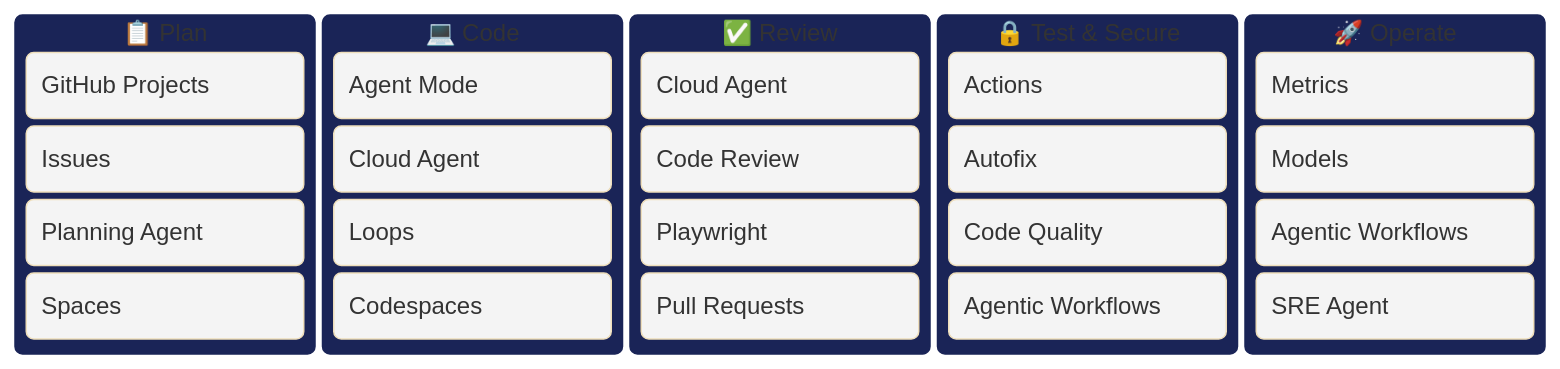
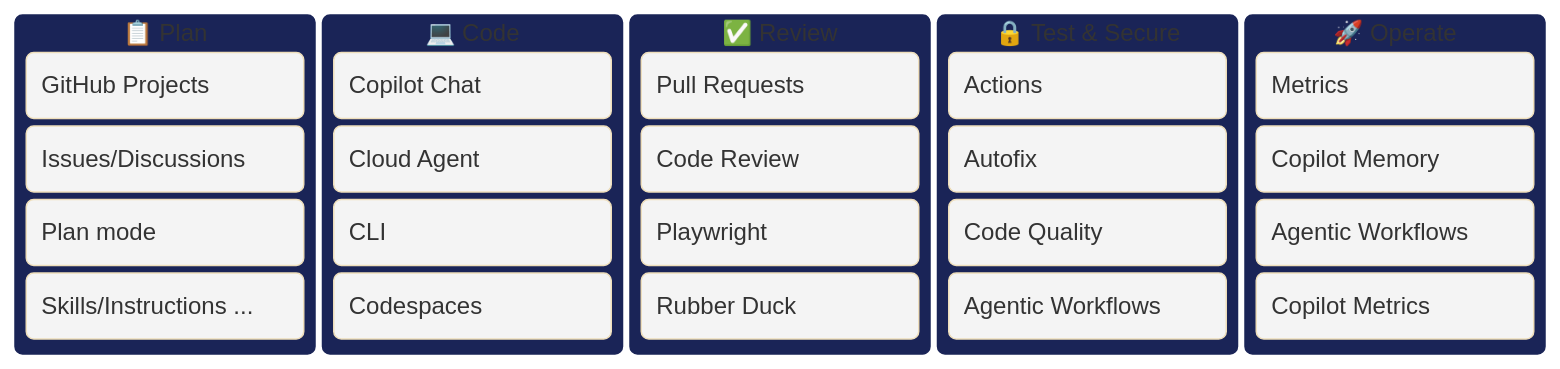
The second of 3 diagrams in src/content/glossary/github.md (theomonfort/theomonfort), drawn with Mermaid before and after one commit. The commit also changed other lines of this file and 3 other files, not shown here.

````diff
--- a/src/content/glossary/github.md
+++ b/src/content/glossary/github.md
@@ -55,29 +53,29 @@
 ```mermaid
 %%{init: {"theme":"base","themeVariables":{"cScale2":"#0e1430","cScale3":"#0e1430","cScale4":"#0e1430","cScale5":"#0e1430","cScale6":"#0e1430","cScaleLabel2":"#9bbc0f","cScaleLabel3":"#ff2e88","cScaleLabel4":"#ffb000","cScaleLabel5":"#00f0ff","cScaleLabel6":"#9bbc0f"}}}%%
 kanban
   PLAN[📋 Plan]
     plan_projects[GitHub Projects]
-    plan_issues[Issues]
-    plan_agent[Planning Agent]
-    plan_spaces[Spaces]
+    plan_issues[Issues/Discussions]
+    plan_agent[Plan mode]
+    plan_spaces[Skills/Instructions ...]
   CODE[💻 Code]
-    code_agent_mode[Agent Mode]
+    code_agent_mode[Copilot Chat]
     code_cloud_agent[Cloud Agent]
-    code_loops[Loops]
+    code_loops[CLI]
     code_codespaces[Codespaces]
   REVIEW[✅ Review]
-    review_cloud_agent[Cloud Agent]
+    review_cloud_agent[Pull Requests]
     review_code_review[Code Review]
     review_playwright[Playwright]
-    review_pr[Pull Requests]
+    review_pr[Rubber Duck]
   TEST[🔒 Test & Secure]
     test_actions[Actions]
     test_autofix[Autofix]
     test_quality[Code Quality]
     test_workflows[Agentic Workflows]
   OPS[🚀 Operate]
     ops_metrics[Metrics]
-    ops_models[Models]
+    ops_models[Copilot Memory]
     ops_workflows[Agentic Workflows]
-    ops_sre[SRE Agent]
+    ops_sre[Copilot Metrics]
 ```
````
